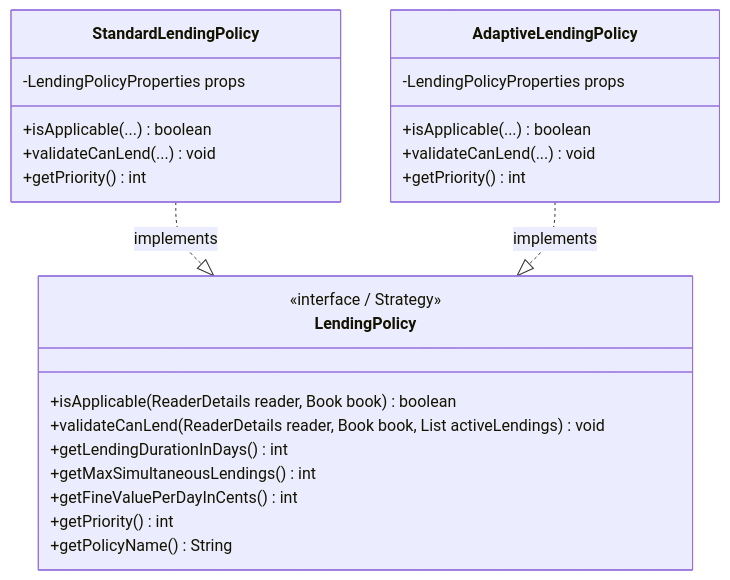
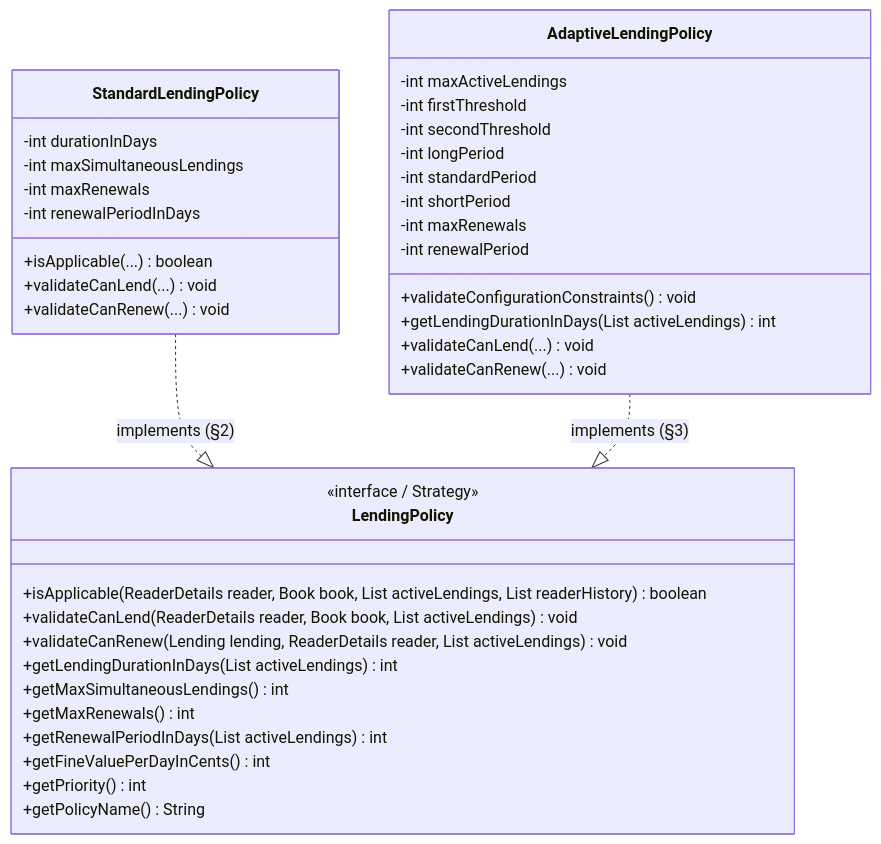
Before and after one commit to RafaelBrandao04/psoft-project-2026-1: the fourth of 4 diagrams in Docs/ARQSOFT/system-to-be/architectural-patterns.md, drawn with Mermaid. The commit also changed other lines of this file and 22 other files, not shown here.

````diff
--- a/Docs/ARQSOFT/system-to-be/architectural-patterns.md
+++ b/Docs/ARQSOFT/system-to-be/architectural-patterns.md
@@ -186,29 +186,43 @@
 ```mermaid
 classDiagram
     direction TB
     class LendingPolicy {
         <<interface / Strategy>>
-        +isApplicable(ReaderDetails reader, Book book) boolean
+        +isApplicable(ReaderDetails reader, Book book, List activeLendings, List readerHistory) boolean
         +validateCanLend(ReaderDetails reader, Book book, List activeLendings) void
-        +getLendingDurationInDays() int
+        +validateCanRenew(Lending lending, ReaderDetails reader, List activeLendings) void
+        +getLendingDurationInDays(List activeLendings) int
         +getMaxSimultaneousLendings() int
+        +getMaxRenewals() int
+        +getRenewalPeriodInDays(List activeLendings) int
         +getFineValuePerDayInCents() int
         +getPriority() int
         +getPolicyName() String
     }
     class StandardLendingPolicy {
-        -LendingPolicyProperties props
+        -int durationInDays
+        -int maxSimultaneousLendings
+        -int maxRenewals
+        -int renewalPeriodInDays
         +isApplicable(...) boolean
         +validateCanLend(...) void
-        +getPriority() int
+        +validateCanRenew(...) void
     }
     class AdaptiveLendingPolicy {
-        -LendingPolicyProperties props
-        +isApplicable(...) boolean
+        -int maxActiveLendings
+        -int firstThreshold
+        -int secondThreshold
+        -int longPeriod
+        -int standardPeriod
+        -int shortPeriod
+        -int maxRenewals
+        -int renewalPeriod
+        +validateConfigurationConstraints() void
+        +getLendingDurationInDays(List activeLendings) int
         +validateCanLend(...) void
-        +getPriority() int
+        +validateCanRenew(...) void
     }
 
-    StandardLendingPolicy ..|> LendingPolicy : implements
-    AdaptiveLendingPolicy ..|> LendingPolicy : implements
+    StandardLendingPolicy ..|> LendingPolicy : implements (§2)
+    AdaptiveLendingPolicy ..|> LendingPolicy : implements (§3)
 ```
````
